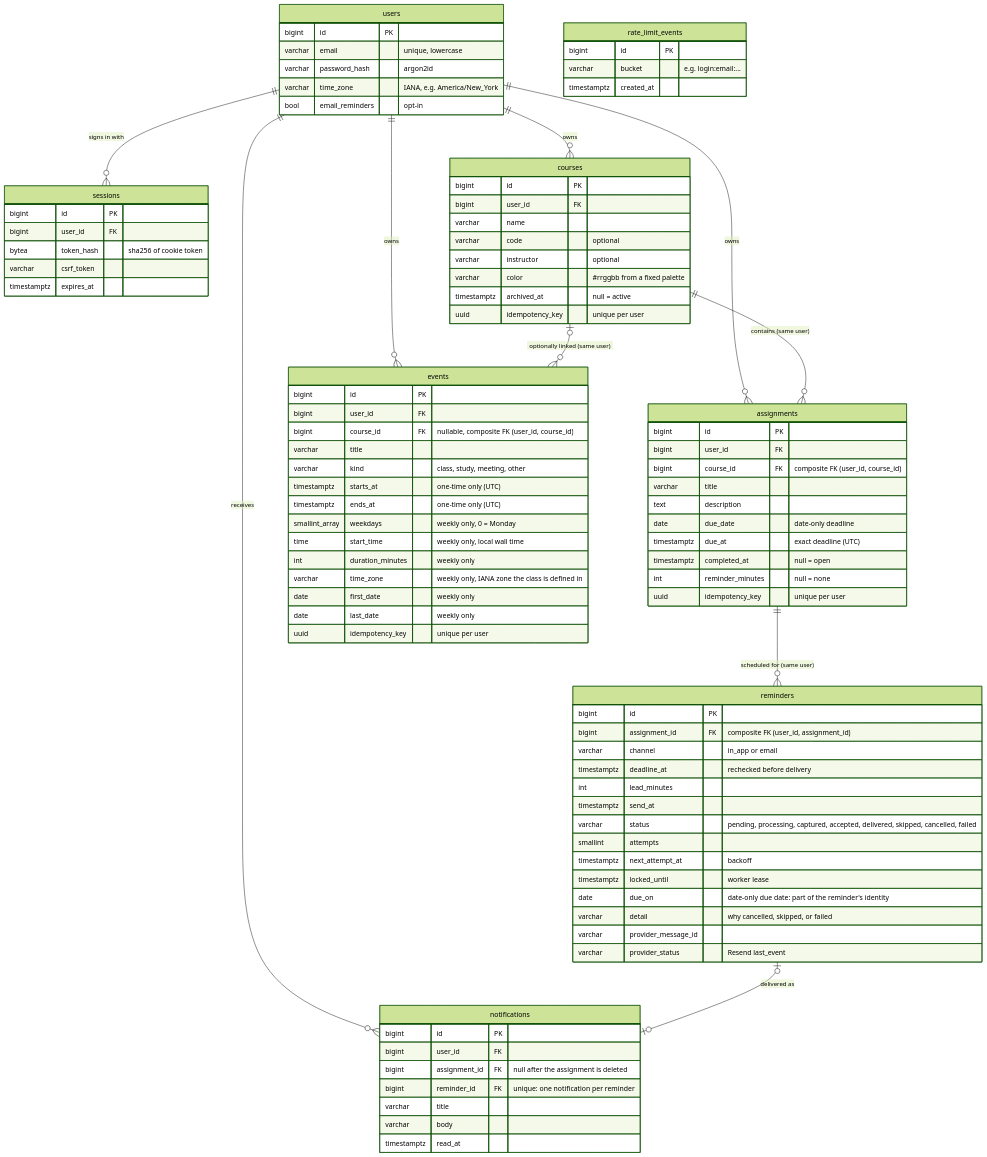
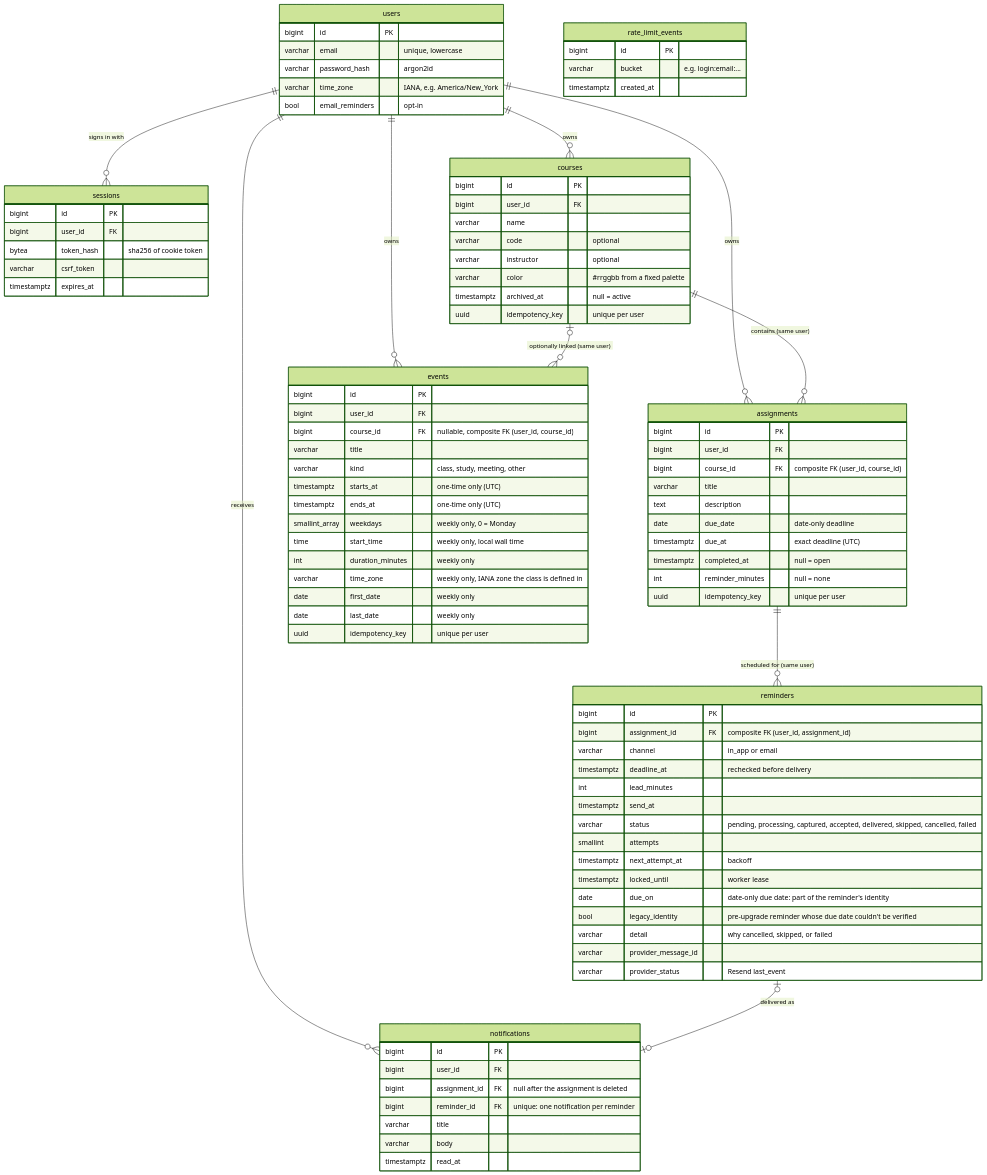
The second of 2 diagrams in README.md (kplaza1009-create/campusflow), drawn with Mermaid (forest theme) before and after one commit. The commit also changed other lines of this file, not shown here.

First line of the commit message:
Document how pre-upgrade reminders get their identity

```diff
--- a/README.md
+++ b/README.md
@@ -134,6 +134,7 @@
     timestamptz next_attempt_at "backoff"
     timestamptz locked_until "worker lease"
     date due_on "date-only due date: part of the reminder's identity"
+    bool legacy_identity "pre-upgrade reminder whose due date couldn't be verified"
     varchar detail "why cancelled, skipped, or failed"
     varchar provider_message_id
     varchar provider_status "Resend last_event"
```
